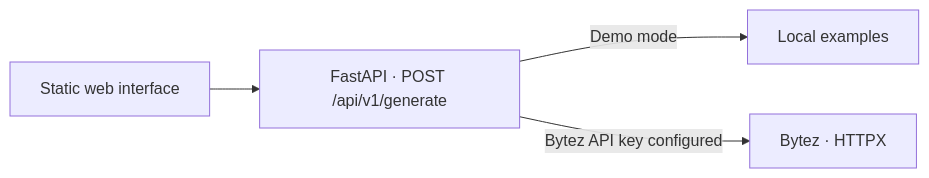
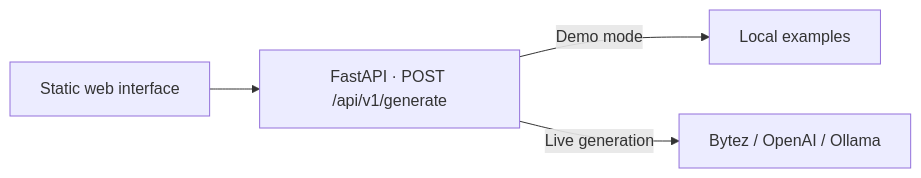
One commit to Artem7898/QueryCraft_AI changed the diagram in README.md. Above: the diagram before and after it, drawn with Mermaid. The commit also changed other lines of this file and 20 other files, not shown here.

Commit message:
Support OpenAI and keyless local Ollama generation

````diff
--- a/README.md
+++ b/README.md
@@ -11,6 +11,6 @@
 ```mermaid
 flowchart LR
     UI["Static web interface"] --> API["FastAPI · POST /api/v1/generate"]
     API -->|"Demo mode"| Demo["Local examples"]
-    API -->|"Bytez API key configured"| Bytez["Bytez · HTTPX"]
+    API -->|"Live generation"| Provider["Bytez / OpenAI / Ollama"]
 ```
````
